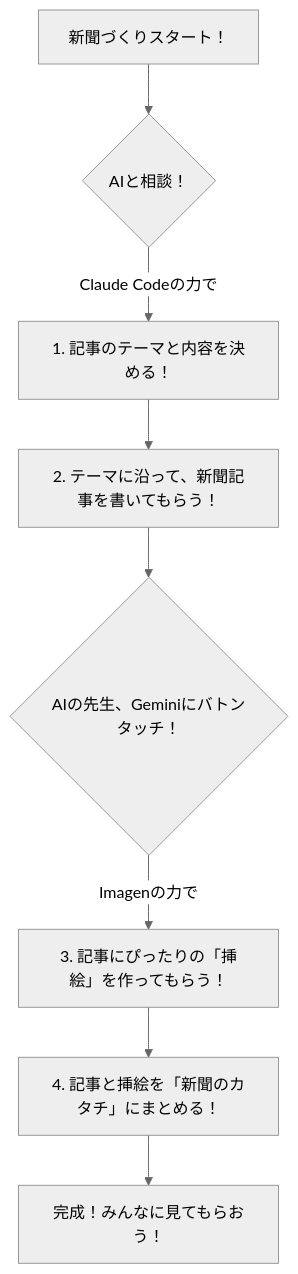
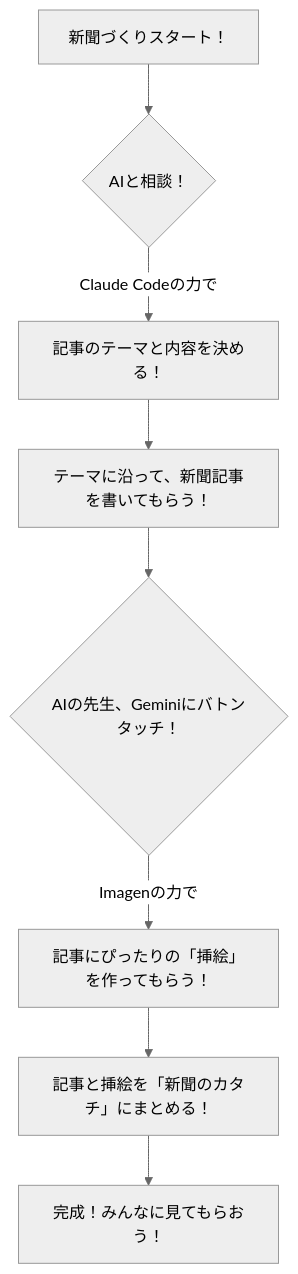
One commit to mizunadad/claude-code-test changed the diagram in mkNewsPaper_minato.md. Above: the diagram before and after it, drawn with Mermaid (neutral theme).

````diff
--- a/mkNewsPaper_minato.md
+++ b/mkNewsPaper_minato.md
@@ -1,10 +1,10 @@
 ```mermaid
 graph TD
     A[新聞づくりスタート！] --> B{AIと相談！};
-    B -- Claude Codeの力で --> C["1. 記事のテーマと内容を決める！"];
-    C --> D["2. テーマに沿って、新聞記事を書いてもらう！"];
+    B -- Claude Codeの力で --> C["記事のテーマと内容を決める！"];
+    C --> D["テーマに沿って、新聞記事を書いてもらう！"];
     D --> E{AIの先生、Geminiにバトンタッチ！};
-    E -- Imagenの力で --> F["3. 記事にぴったりの「挿絵」を作ってもらう！"];
-    F --> G["4. 記事と挿絵を「新聞のカタチ」にまとめる！"];
+    E -- Imagenの力で --> F["記事にぴったりの「挿絵」を作ってもらう！"];
+    F --> G["記事と挿絵を「新聞のカタチ」にまとめる！"];
     G --> H[完成！みんなに見てもらおう！];
 ```
````
